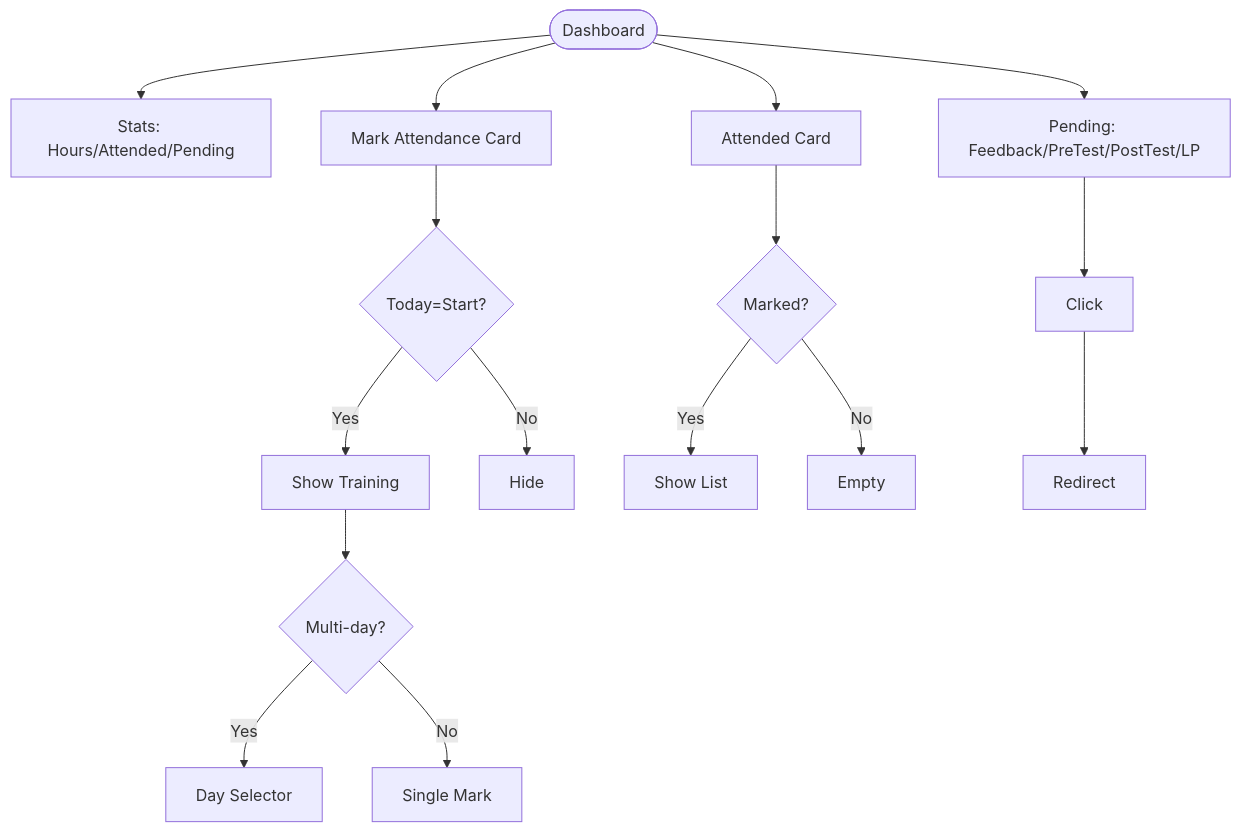
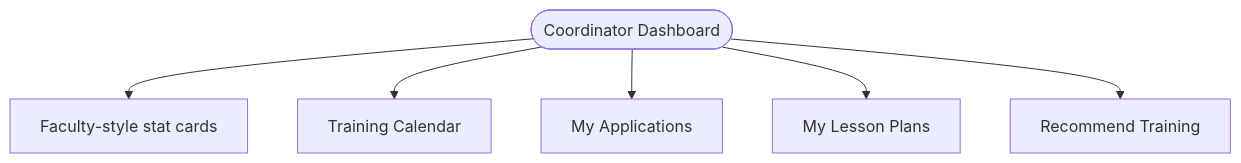
Diagram 13 of 27 in TRAINING_CALENDAR_FLOW_DIAGRAMS.md (gunjangupta-gh/placeintern), drawn with Mermaid before and after one commit. The commit also changed other lines of this file and 1 other file, not shown here.

Commit message:
feat: add timezone handling for attendance date resolution in TrainingAttendanceService

````diff
--- a/TRAINING_CALENDAR_FLOW_DIAGRAMS.md
+++ b/TRAINING_CALENDAR_FLOW_DIAGRAMS.md
@@ -234,13 +205,8 @@
 ```mermaid
 flowchart TD
-    A([Dashboard])-->B[Stats: Hours/Attended/Pending]
-    A-->C[Mark Attendance Card]-->D{Today=Start?}
-    D-->|Yes|E[Show Training]-->F{Multi-day?}
-    F-->|Yes|G[Day Selector]
-    F-->|No|H[Single Mark]
-    D-->|No|I[Hide]
-    A-->J[Attended Card]-->K{Marked?}
-    K-->|Yes|L[Show List]
-    K-->|No|M[Empty]
-    A-->N[Pending: Feedback/PreTest/PostTest/LP]-->O[Click]-->P[Redirect]
+    A([Coordinator Dashboard]) --> B[Faculty-style stat cards]
+    A --> C[Training Calendar]
+    A --> D[My Applications]
+    A --> E[My Lesson Plans]
+    A --> F[Recommend Training]
 ```
````
